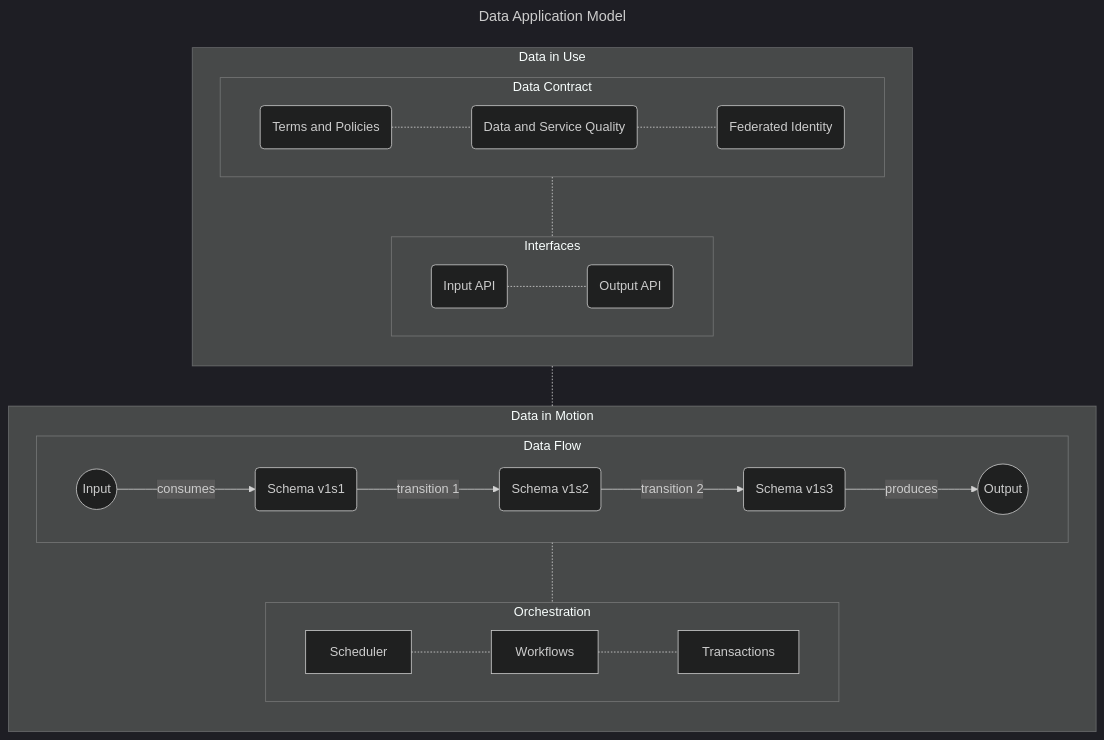
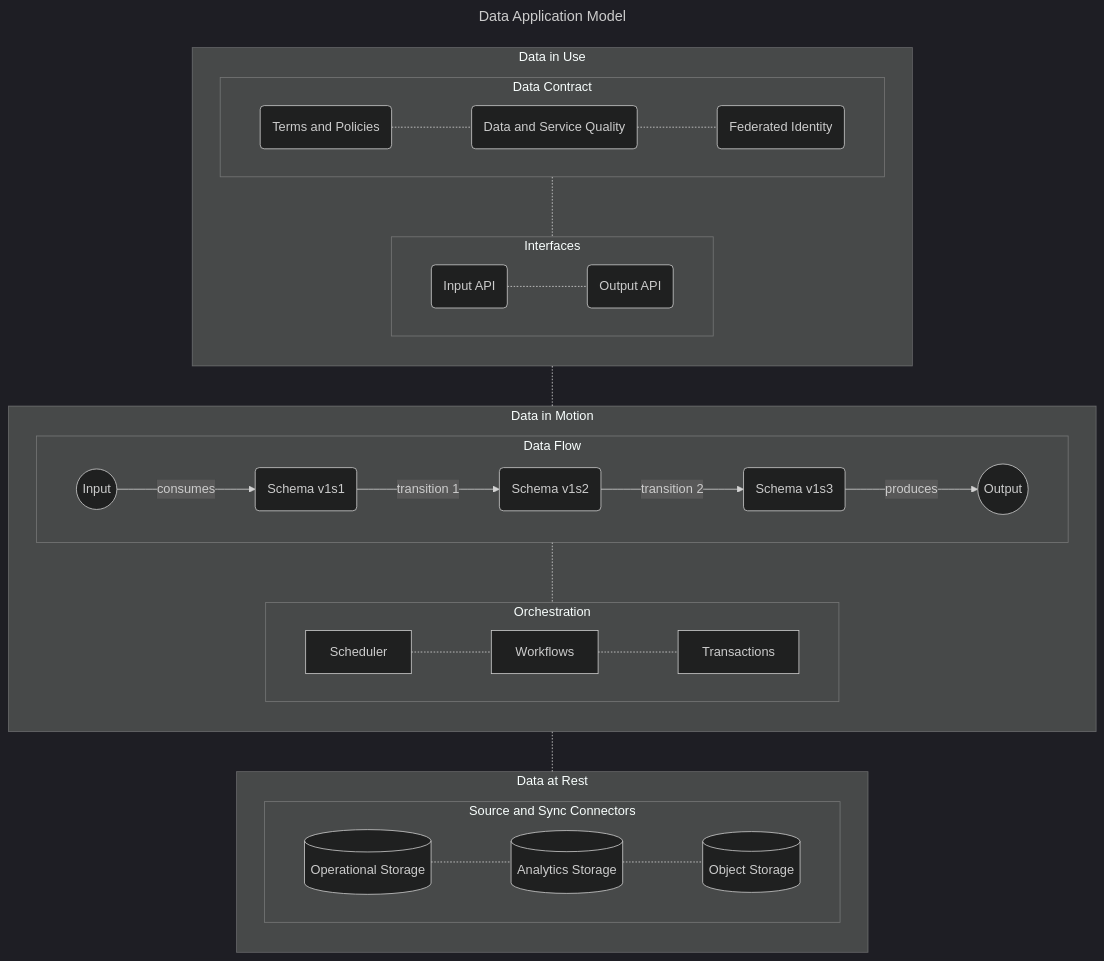
Before and after one commit to dappmesh/dappmesh: the third of 3 diagrams in docs/architecture/application-model.md, drawn with Mermaid (dark theme). The commit also changed other lines of this file and 1 other file, not shown here.

Commit message:
application model docs updated

````diff
--- a/docs/architecture/application-model.md
+++ b/docs/architecture/application-model.md
@@ -92,61 +94,75 @@
 ```mermaid
 ---
 title: Data Application Model
 ---
 flowchart TB
     dataUse -.- dataMotion
+    dataMotion -.- dataRest
     
     subgraph dataUse[Data in Use]
         direction TB
         contract -.- interfaces
         
         subgraph contract[Data Contract]
             direction LR
             terms -.- quality
             quality -.- access
             
             terms(Terms and Policies)
             quality(Data and Service Quality)
             access(Federated Identity)
         end
         
         subgraph interfaces[Interfaces]
            direction LR
            inputInterface -.- outputInterface
            
            inputInterface(Input API)
            outputInterface(Output API)
         end
     end
     
     subgraph dataMotion[Data in Motion]
         direction TB
         dataFlow -.- orchestration
         
         subgraph dataFlow[Data Flow]
             direction LR
             
             input --> |consumes| schemaV1S1
             schemaV1S1 --> |transition 1| schemaV1S2
             schemaV1S2 --> |transition 2| schemaV1S3
             schemaV1S3 --> |produces| output
             
             input((Input))
             schemaV1S1(Schema v1s1)
             schemaV1S2(Schema v1s2)
             schemaV1S3(Schema v1s3)
             output((Output))
         end
         
         subgraph orchestration[Orchestration]
             direction LR
             
             scheduler -.- workflows
             workflows -.- transactions
             
             scheduler[Scheduler]
             workflows[Workflows]
             transactions[Transactions]
         end
     end
+    
+    subgraph dataRest[Data at Rest]
+        direction TB
+        
+        subgraph connector[Source and Sync Connectors]
+            operational -.- analytics
+            analytics -.- objectStorage
+            
+            operational[(Operational Storage)]
+            analytics[(Analytics Storage)]
+            objectStorage[(Object Storage)]
+        end
+    end
 ```
````
